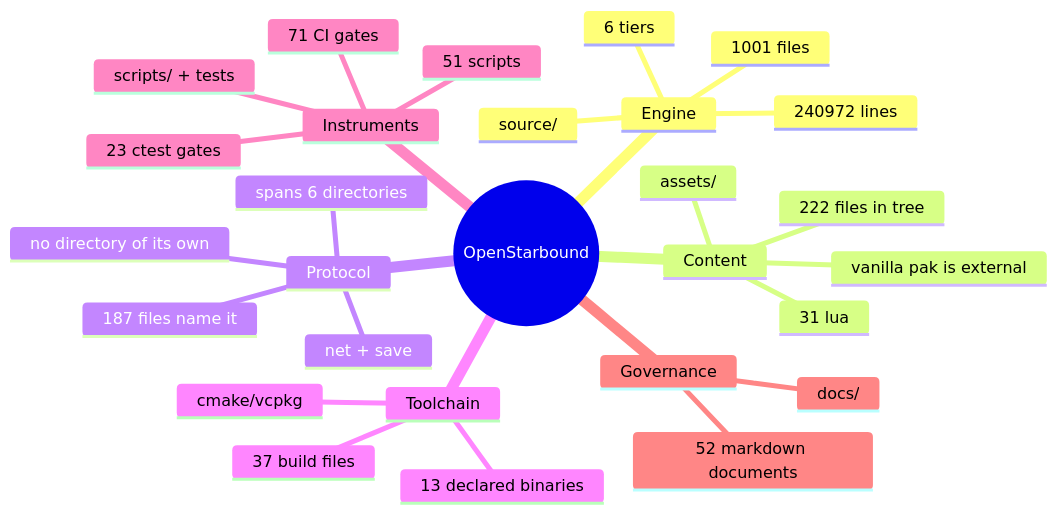
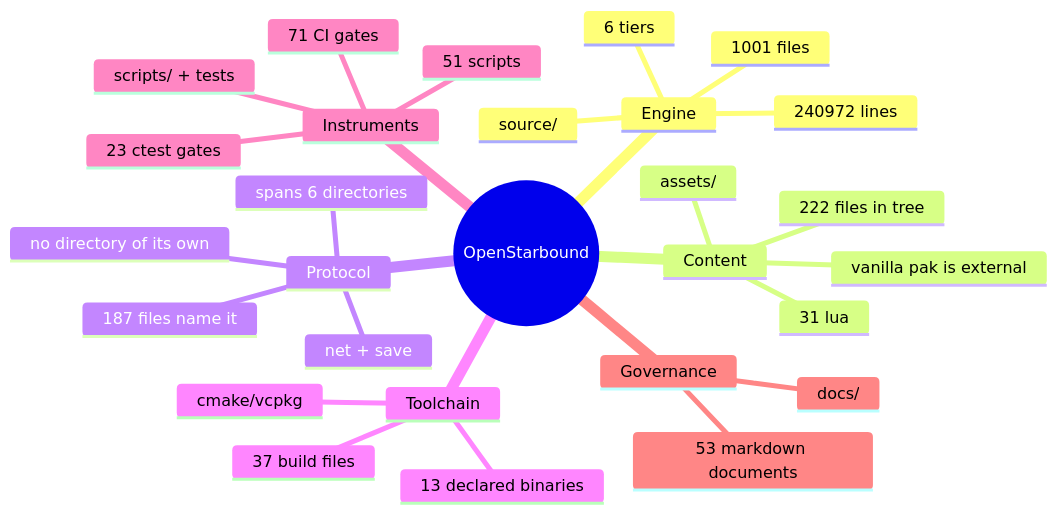
Before and after one commit to apnex/OpenStarbound: the second of 11 diagrams in docs/architecture/system-boundaries.md, drawn with Mermaid. The commit also changed 2 other files, not shown here.

First paragraph of the commit message:
#278 SCENE-VARIANCE CLOSED: the NPC hypothesis is refuted, and the fixture was never the problem
12 legs, 4 scenes x 3 interleaved passes, chain 6f763c36bbb38e08.
Evidence: docs/evidence/scene-stability.md.

````diff
--- a/docs/architecture/system-boundaries.md
+++ b/docs/architecture/system-boundaries.md
@@ -166,31 +166,31 @@
 ```mermaid
 mindmap
   root((OpenStarbound))
     Engine
       source/
       1001 files
       240972 lines
       6 tiers
     Content
       assets/
       222 files in tree
       31 lua
       vanilla pak is external
     Protocol
       net + save
       187 files name it
       spans 6 directories
       no directory of its own
     Toolchain
       cmake/vcpkg
       37 build files
       13 declared binaries
     Instruments
       scripts/ + tests
       51 scripts
       23 ctest gates
       71 CI gates
     Governance
       docs/
-      52 markdown documents
+      53 markdown documents
 ```
````
